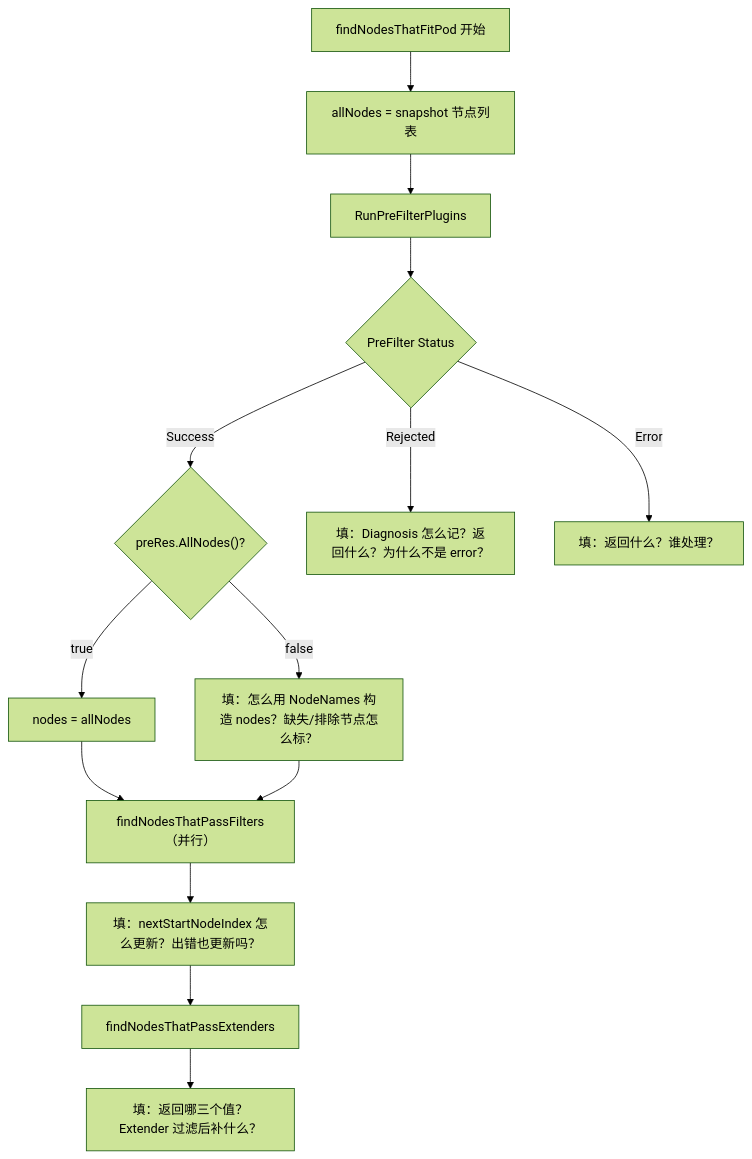
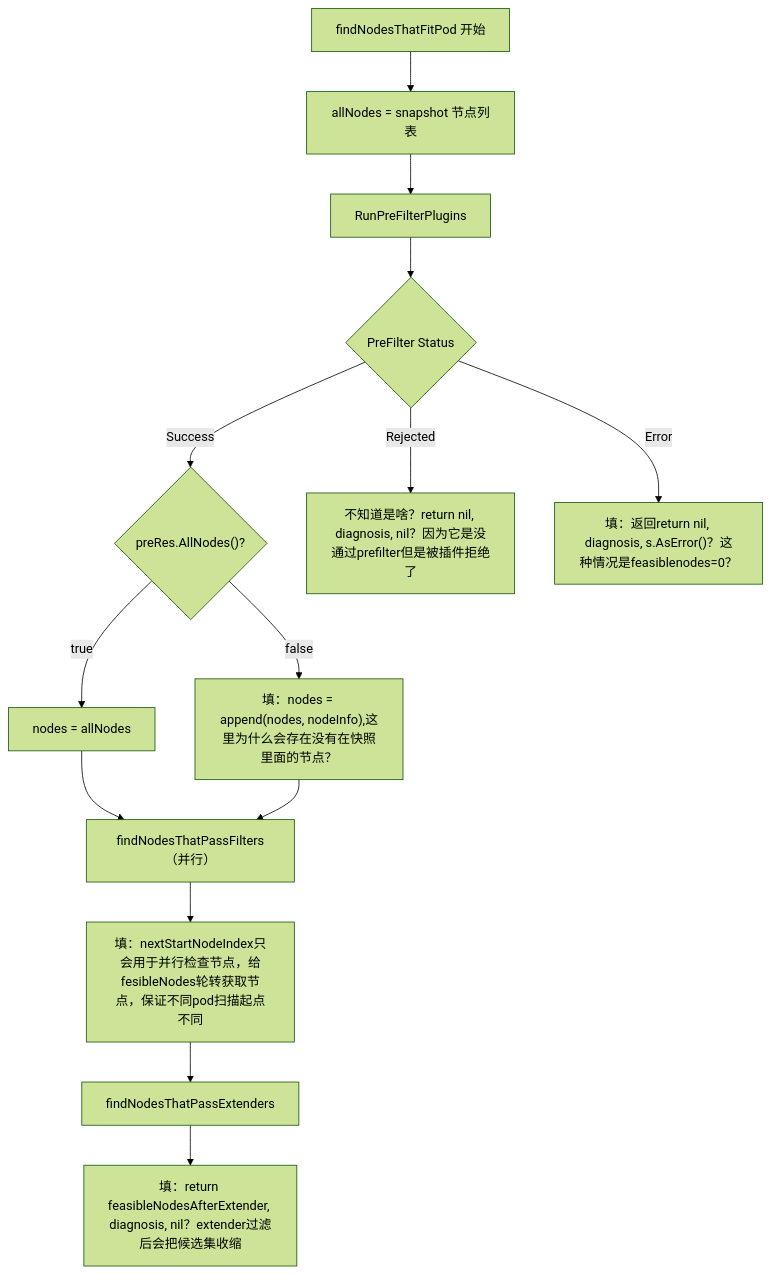
The fifth of 6 diagrams in docs/worksheet-T1-1-flowchart.md (664182893/scheduler), drawn with Mermaid (forest theme) before and after one commit. The commit also changed other lines of this file, not shown here.

Commit message:
Fill step 4 Diagnosis worksheet

````diff
--- a/docs/worksheet-T1-1-flowchart.md
+++ b/docs/worksheet-T1-1-flowchart.md
@@ -69,16 +69,16 @@
 ```mermaid
 graph TD
   A["findNodesThatFitPod 开始"] --> B["allNodes = snapshot 节点列表"]
   B --> C["RunPreFilterPlugins"]
   C --> D{"PreFilter Status"}
   D -->|"Success"| E{"preRes.AllNodes()?"}
-  D -->|"Rejected"| R["填：Diagnosis 怎么记？返回什么？为什么不是 error？"]
-  D -->|"Error"| X["填：返回什么？谁处理？"]
+  D -->|"Rejected"| R["不知道是啥？return nil, diagnosis, nil？因为它是没通过prefilter但是被插件拒绝了"]
+  D -->|"Error"| X["填：返回return nil, diagnosis, s.AsError()？这种情况是feasiblenodes=0？"]
   E -->|"true"| F["nodes = allNodes"]
-  E -->|"false"| G["填：怎么用 NodeNames 构造 nodes？缺失/排除节点怎么标？"]
+  E -->|"false"| G["填：nodes = append(nodes, nodeInfo),这里为什么会存在没有在快照里面的节点？"]
   F --> H["findNodesThatPassFilters（并行）"]
   G --> H
-  H --> I["填：nextStartNodeIndex 怎么更新？出错也更新吗？"]
+  H --> I["填：nextStartNodeIndex只会用于并行检查节点，给fesibleNodes轮转获取节点，保证不同pod扫描起点不同"]
   I --> J["findNodesThatPassExtenders"]
-  J --> K["填：返回哪三个值？Extender 过滤后补什么？"]
+  J --> K["填：return feasibleNodesAfterExtender, diagnosis, nil？extender过滤后会把候选集收缩"]
 ```
````
